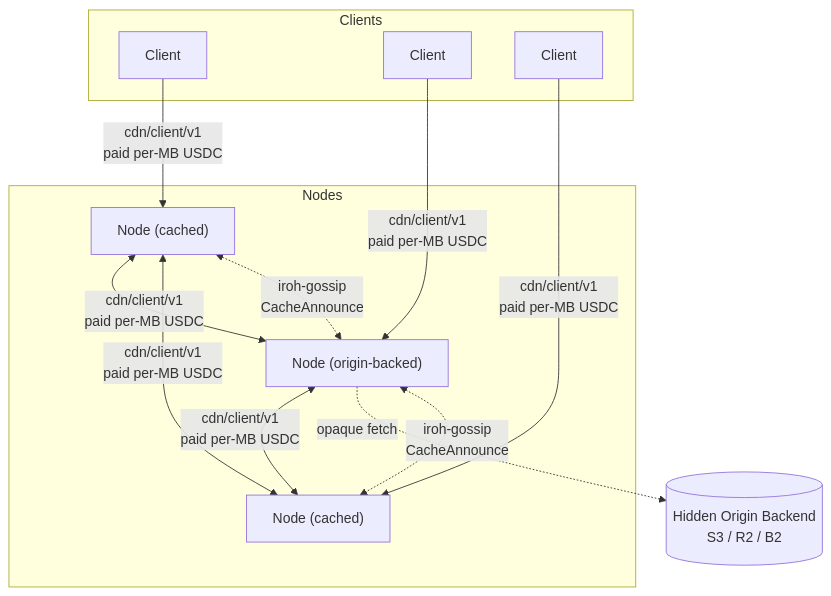
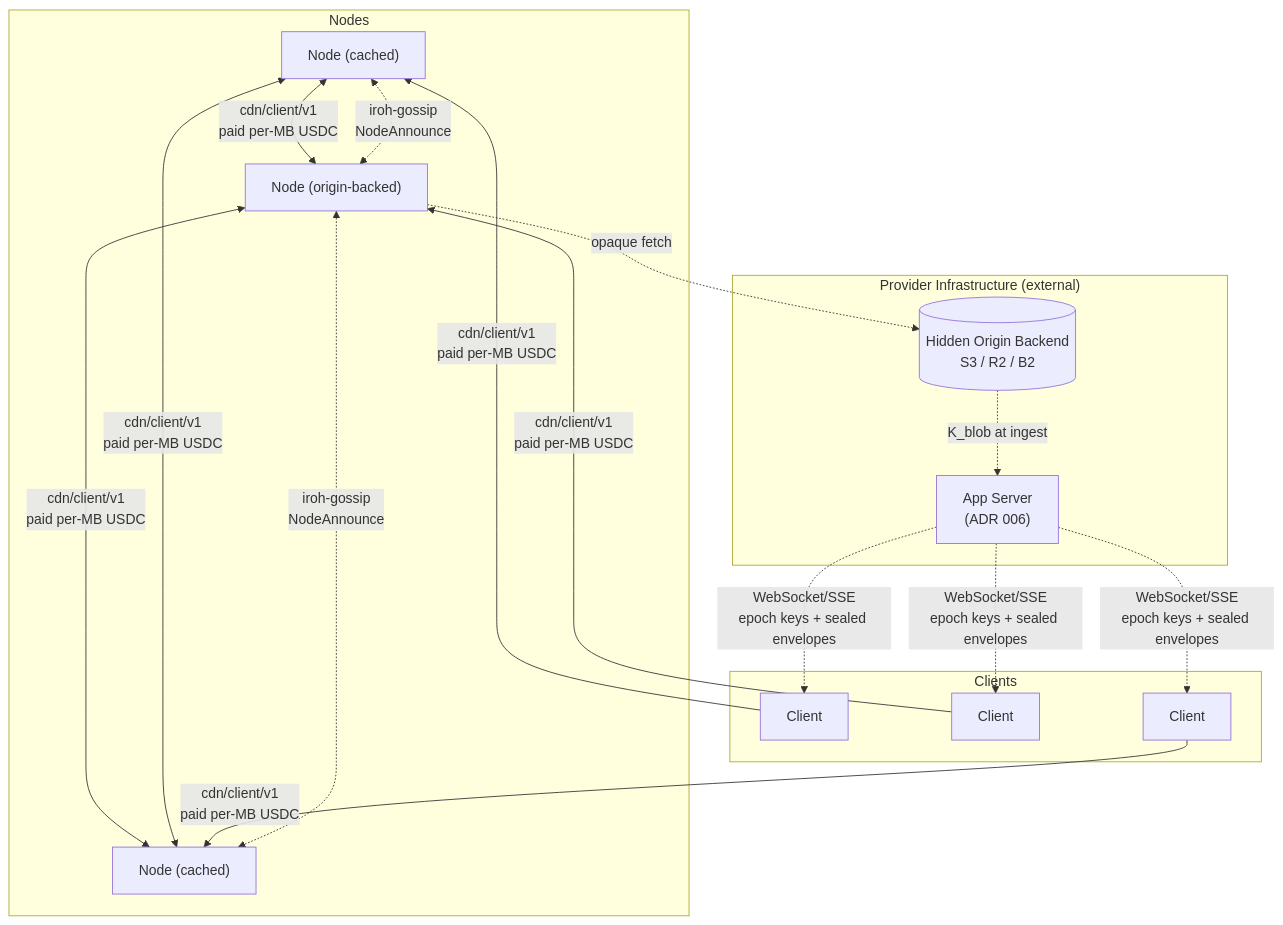
The first of 3 diagrams in adr/architecture.md (decdn/decdn), drawn with Mermaid before and after one commit. The commit also changed other lines of this file and 12 other files, not shown here.

````diff
--- a/adr/architecture.md
+++ b/adr/architecture.md
@@ -21,29 +21,37 @@
 ```mermaid
 graph TD
     subgraph Nodes
         N1["Node (cached)"]
         N2["Node (origin-backed)"]
         N3["Node (cached)"]
     end
 
     subgraph Clients
         C1[Client]
         C2[Client]
         C3[Client]
     end
 
-    S3[("Hidden Origin Backend<br/>S3 / R2 / B2")]
+    subgraph "Provider Infrastructure (external)"
+        S3[("Hidden Origin Backend<br/>S3 / R2 / B2")]
+        A["App Server<br/>(ADR 006)"]
+    end
 
     N1 <-->|"cdn/client/v1<br/>paid per-MB USDC"| N2
     N2 <-->|"cdn/client/v1<br/>paid per-MB USDC"| N3
     N1 <-->|"cdn/client/v1<br/>paid per-MB USDC"| N3
 
     C1 -->|"cdn/client/v1<br/>paid per-MB USDC"| N1
     C2 -->|"cdn/client/v1<br/>paid per-MB USDC"| N2
     C3 -->|"cdn/client/v1<br/>paid per-MB USDC"| N3
 
     N2 -.->|opaque fetch| S3
 
-    N1 <-.->|"iroh-gossip<br/>CacheAnnounce"| N2
-    N2 <-.->|"iroh-gossip<br/>CacheAnnounce"| N3
+    N1 <-.->|"iroh-gossip<br/>NodeAnnounce"| N2
+    N2 <-.->|"iroh-gossip<br/>NodeAnnounce"| N3
+
+    S3 -.->|"K_blob at ingest"| A
+    A -.->|"WebSocket/SSE<br/>epoch keys + sealed envelopes"| C1
+    A -.->|"WebSocket/SSE<br/>epoch keys + sealed envelopes"| C2
+    A -.->|"WebSocket/SSE<br/>epoch keys + sealed envelopes"| C3
 ```
````
